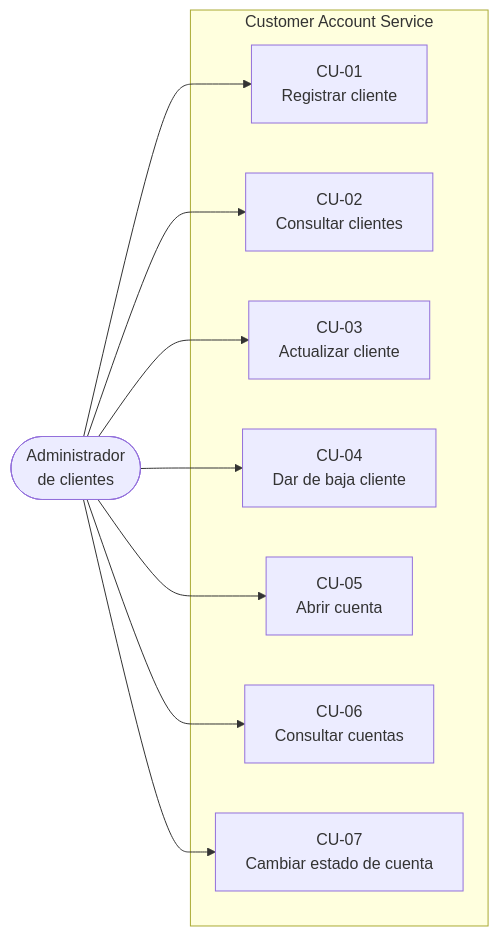
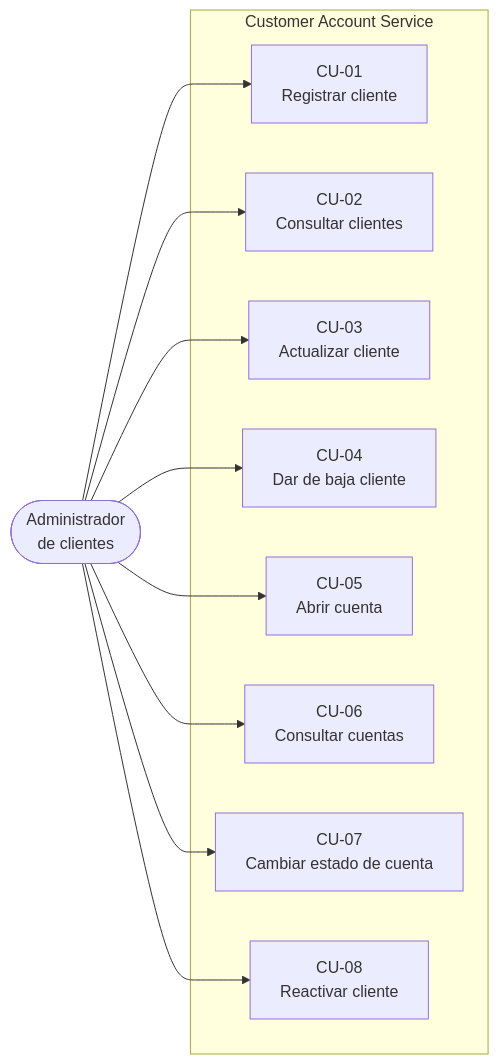
Before and after one commit to DiegoAndreRodriguez/customer-account-service: the second of 2 diagrams in docs/01-diseno-funcional.md, drawn with Mermaid. The commit also changed other lines of this file and 3 other files, not shown here.

````diff
--- a/docs/01-diseno-funcional.md
+++ b/docs/01-diseno-funcional.md
@@ -151,30 +152,33 @@
 ```mermaid
 flowchart LR
     Admin(["Administrador
 de clientes"])
 
     subgraph Sistema["Customer Account Service"]
         UC1["CU-01
 Registrar cliente"]
         UC2["CU-02
 Consultar clientes"]
         UC3["CU-03
 Actualizar cliente"]
         UC4["CU-04
 Dar de baja cliente"]
         UC5["CU-05
 Abrir cuenta"]
         UC6["CU-06
 Consultar cuentas"]
         UC7["CU-07
 Cambiar estado de cuenta"]
+        UC8["CU-08
+Reactivar cliente"]
     end
 
     Admin --> UC1
     Admin --> UC2
     Admin --> UC3
     Admin --> UC4
     Admin --> UC5
     Admin --> UC6
     Admin --> UC7
+    Admin --> UC8
 ```
````
